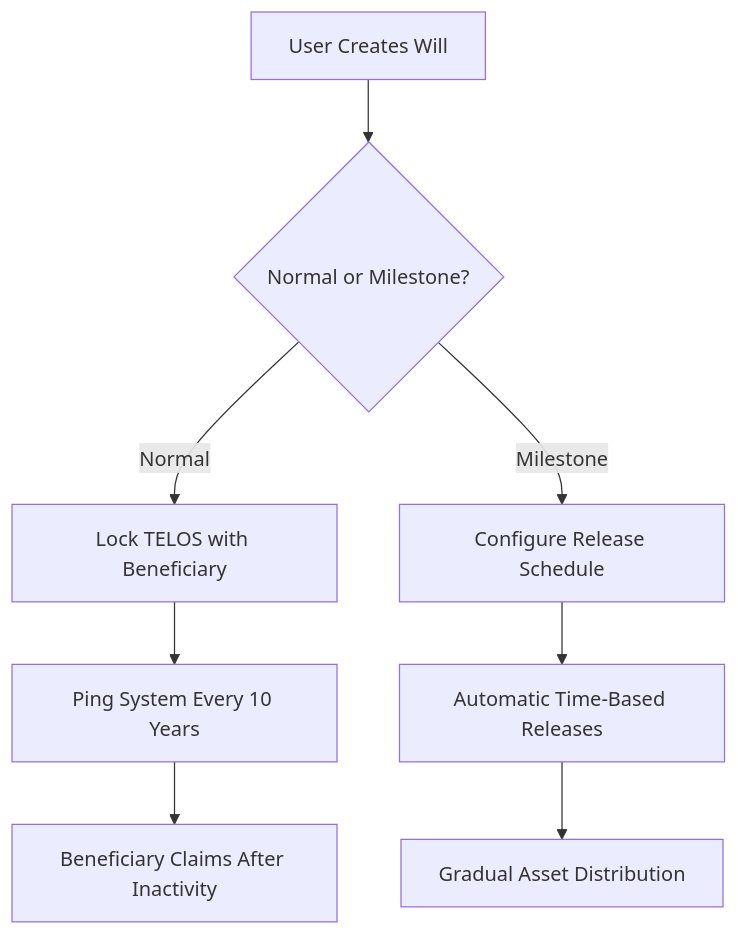
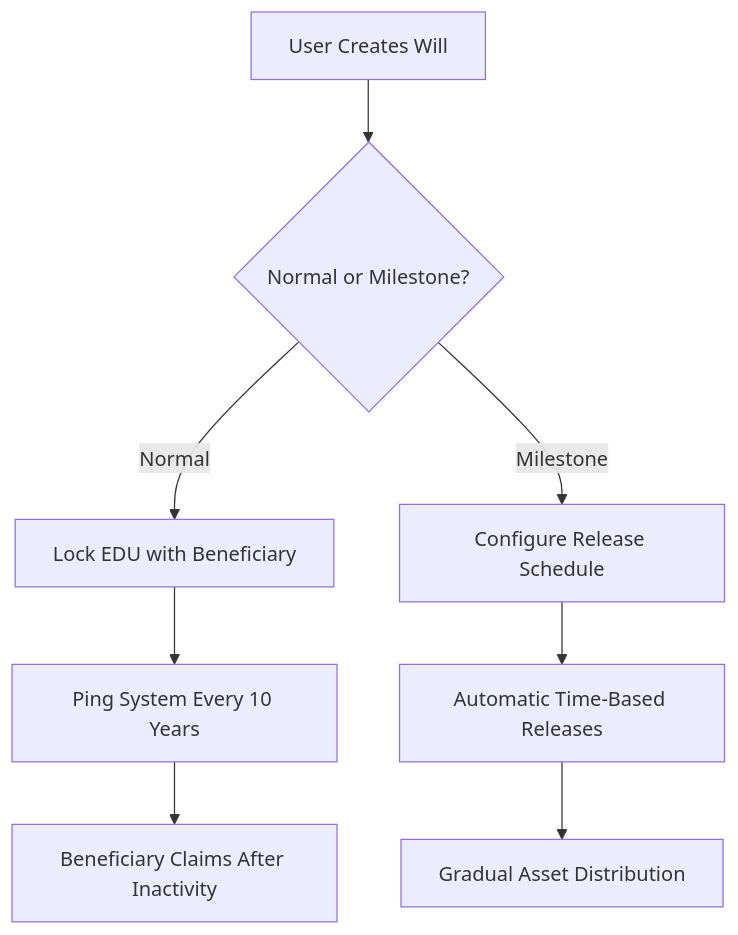
Before and after one commit to PepsiCola-kulfi/EDU.LEGACY: the diagram in README.md, drawn with Mermaid. The commit also changed other lines of this file and 17 other files, not shown here.

````diff
--- a/README.md
+++ b/README.md
@@ -60,10 +60,10 @@
 ```mermaid
 graph TD
     A[User Creates Will] --> B{Normal or Milestone?}
-    B -->|Normal| C[Lock TELOS with Beneficiary]
+    B -->|Normal| C[Lock EDU with Beneficiary]
     B -->|Milestone| D[Configure Release Schedule]
     C --> E[Ping System Every 10 Years]
     D --> F[Automatic Time-Based Releases]
     E --> G[Beneficiary Claims After Inactivity]
     F --> H[Gradual Asset Distribution]
 ```
````
